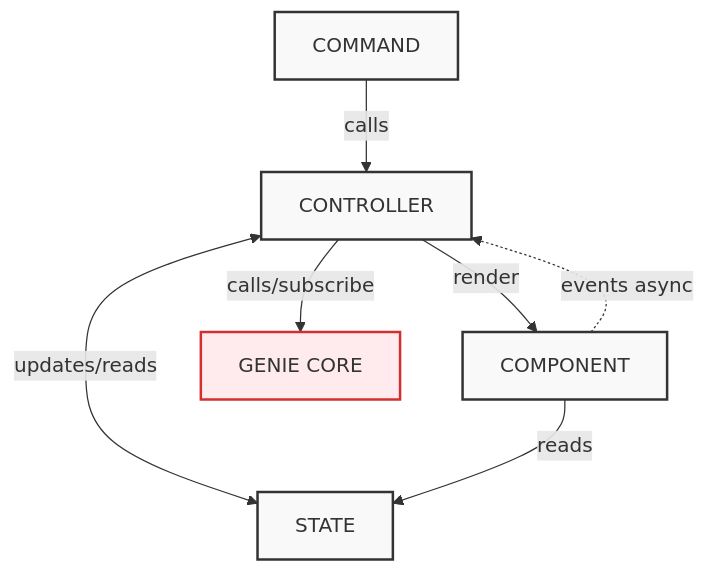
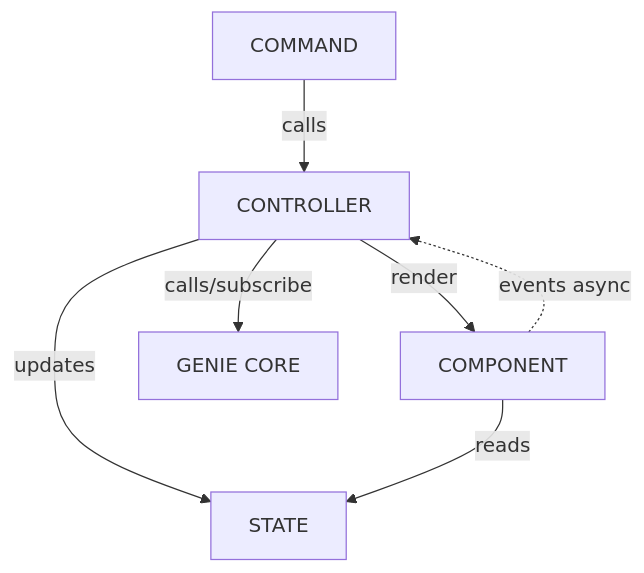
Before and after one commit to kcaldas/genie: the first of 2 diagrams in cmd/tui/ARCHITECTURE.md, drawn with Mermaid.

Commit message:
fix(tui): Update architecture diagram to show one-way Controller→State relationship
- Change bidirectional Controller<-->State to one-way Controller→State
- Remove all Mermaid styling for clean, plain diagrams
- Controllers update state, Components read state (correct data flow)

🤖 Generated with [Claude Code](https://claude.ai/code)

````diff
--- a/cmd/tui/ARCHITECTURE.md
+++ b/cmd/tui/ARCHITECTURE.md
@@ -13,24 +13,18 @@
 ```mermaid
 graph TD
     CMD[COMMAND] 
     CTRL[CONTROLLER]
     STATE[STATE]
     COMP[COMPONENT]
     GENIE[GENIE CORE]
 
     %% Dependencies
     CMD -->|calls| CTRL
-    CTRL <-->|updates/reads| STATE
+    CTRL -->|updates| STATE
     CTRL -->|calls/subscribe| GENIE
     COMP -->|reads| STATE
     CTRL -->|render| COMP
     
     %% Event flow
     COMP -.->|events async| CTRL
-
-    %% Styling
-    classDef default fill:#f9f9f9,stroke:#333,stroke-width:2px
-    classDef genie fill:#ffebee,stroke:#d32f2f,stroke-width:2px
-    
-    class GENIE genie
 ```
````
